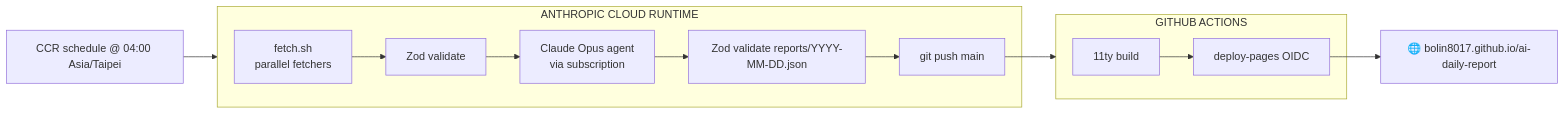
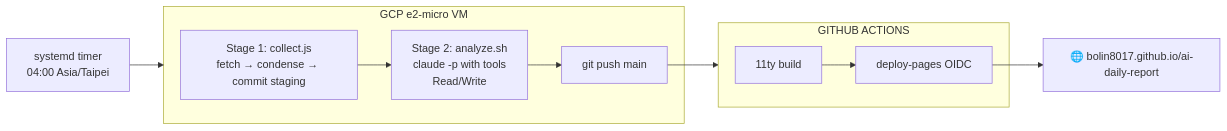
One commit to bolin8017/ai-daily-report changed the diagram in README.md. Above: the diagram before and after it, drawn with Mermaid. The commit also changed other lines of this file and 9 other files, not shown here.

First line of the commit message:
docs: update all documentation for two-stage architecture

````diff
--- a/README.md
+++ b/README.md
@@ -14,21 +14,19 @@
 ```mermaid
 flowchart LR
-  Sched[CCR schedule @ 04:00 Asia/Taipei] --> CCR
+  Timer[systemd timer<br/>04:00 Asia/Taipei] --> Docker[Docker container]
 
-  subgraph CCR["ANTHROPIC CLOUD RUNTIME"]
-    Fetch[fetch.sh<br/>parallel fetchers]
-    Fetch --> Validate1[Zod validate]
-    Validate1 --> Agent[Claude Opus agent<br/>via subscription]
-    Agent --> Validate2[Zod validate reports/YYYY-MM-DD.json]
-    Validate2 --> Push[git push main]
+  subgraph Docker["GCP e2-micro VM"]
+    S1[Stage 1: collect.js<br/>fetch → condense → commit staging]
+    S1 --> S2[Stage 2: analyze.sh<br/>claude -p with tools<br/>Read/Write]
+    S2 --> Push[git push main]
   end
 
   Push --> GHA[GitHub Actions]
 
   subgraph GHA["GITHUB ACTIONS"]
     Build[11ty build]
     Build --> Deploy[deploy-pages OIDC]
   end
 
   Deploy --> Pages[🌐 bolin8017.github.io/ai-daily-report]
 ```
````
